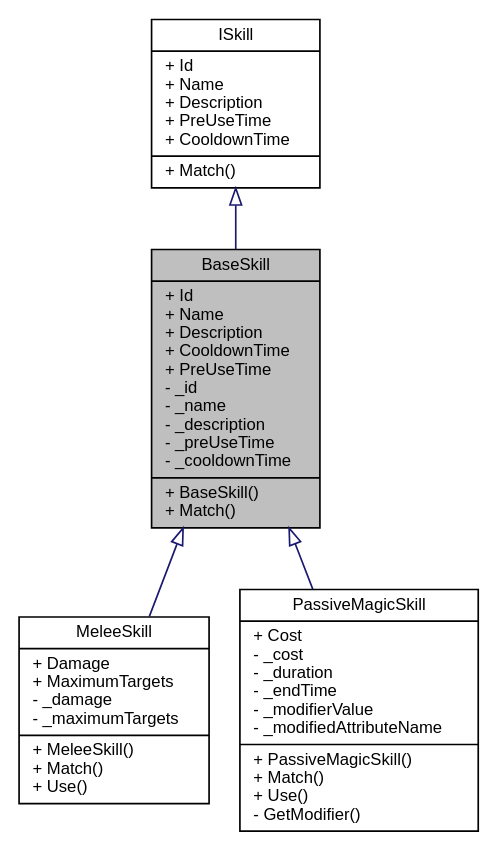
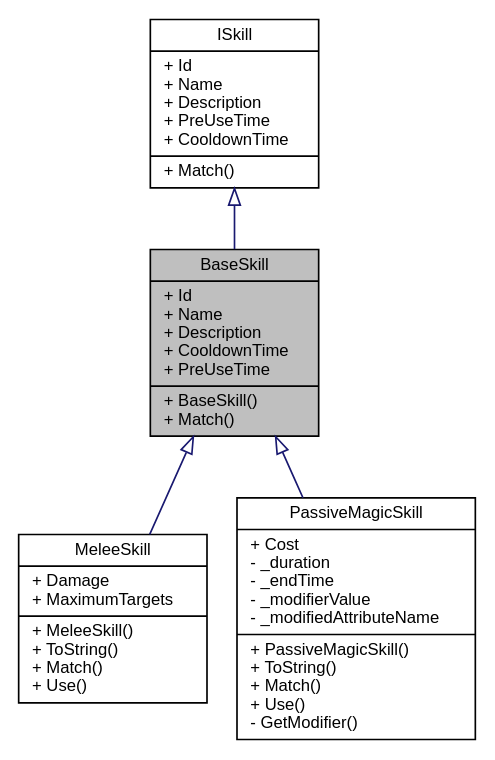
One commit to PaulSchweizer/ActionRpgKit changed the diagram in d0/dcd/class_action_rpg_kit_1_1_character_1_1_skill_1_1_base_skill__inherit__graph.dot. Above: the diagram before and after it, drawn with Graphviz. The commit also changed 376 other files, not shown here.

```diff
--- a/d0/dcd/class_action_rpg_kit_1_1_character_1_1_skill_1_1_base_skill__inherit__graph.dot
+++ b/d0/dcd/class_action_rpg_kit_1_1_character_1_1_skill_1_1_base_skill__inherit__graph.dot
@@ -1,13 +1,13 @@
 digraph "BaseSkill"
 {
  // INTERACTIVE_SVG=YES
   edge [fontname="Helvetica",fontsize="10",labelfontname="Helvetica",labelfontsize="10"];
   node [fontname="Helvetica",fontsize="10",shape=record];
-  Node1 [label="{BaseSkill\n|+ Id\l+ Name\l+ Description\l+ CooldownTime\l+ PreUseTime\l- _id\l- _name\l- _description\l- _preUseTime\l- _cooldownTime\l|+ BaseSkill()\l+ Match()\l}",height=0.2,width=0.4,color="black", fillcolor="grey75", style="filled" fontcolor="black"];
+  Node1 [label="{BaseSkill\n|+ Id\l+ Name\l+ Description\l+ CooldownTime\l+ PreUseTime\l|+ BaseSkill()\l+ Match()\l}",height=0.2,width=0.4,color="black", fillcolor="grey75", style="filled" fontcolor="black"];
   Node2 -> Node1 [dir="back",color="midnightblue",fontsize="10",style="solid",arrowtail="onormal",fontname="Helvetica"];
   Node2 [label="{ISkill\n|+ Id\l+ Name\l+ Description\l+ PreUseTime\l+ CooldownTime\l|+ Match()\l}",height=0.2,width=0.4,color="black", fillcolor="white", style="filled",URL="$d5/dc7/interface_action_rpg_kit_1_1_character_1_1_skill_1_1_i_skill.xhtml",tooltip="Interface for Skills."];
   Node1 -> Node3 [dir="back",color="midnightblue",fontsize="10",style="solid",arrowtail="onormal",fontname="Helvetica"];
-  Node3 [label="{MeleeSkill\n|+ Damage\l+ MaximumTargets\l- _damage\l- _maximumTargets\l|+ MeleeSkill()\l+ Match()\l+ Use()\l}",height=0.2,width=0.4,color="black", fillcolor="white", style="filled",URL="$d4/d60/class_action_rpg_kit_1_1_character_1_1_skill_1_1_melee_skill.xhtml",tooltip="Allows to attack with a melee weapon."];
+  Node3 [label="{MeleeSkill\n|+ Damage\l+ MaximumTargets\l|+ MeleeSkill()\l+ ToString()\l+ Match()\l+ Use()\l}",height=0.2,width=0.4,color="black", fillcolor="white", style="filled",URL="$d4/d60/class_action_rpg_kit_1_1_character_1_1_skill_1_1_melee_skill.xhtml",tooltip="Allows to attack with a melee weapon."];
   Node1 -> Node4 [dir="back",color="midnightblue",fontsize="10",style="solid",arrowtail="onormal",fontname="Helvetica"];
-  Node4 [label="{PassiveMagicSkill\n|+ Cost\l- _cost\l- _duration\l- _endTime\l- _modifierValue\l- _modifiedAttributeName\l|+ PassiveMagicSkill()\l+ Match()\l+ Use()\l- GetModifier()\l}",height=0.2,width=0.4,color="black", fillcolor="white", style="filled",URL="$dc/dac/class_action_rpg_kit_1_1_character_1_1_skill_1_1_passive_magic_skill.xhtml",tooltip="A passive MagicSkill adds buffs on the User itself."];
+  Node4 [label="{PassiveMagicSkill\n|+ Cost\l- _duration\l- _endTime\l- _modifierValue\l- _modifiedAttributeName\l|+ PassiveMagicSkill()\l+ ToString()\l+ Match()\l+ Use()\l- GetModifier()\l}",height=0.2,width=0.4,color="black", fillcolor="white", style="filled",URL="$dc/dac/class_action_rpg_kit_1_1_character_1_1_skill_1_1_passive_magic_skill.xhtml",tooltip="A passive MagicSkill adds buffs on the User itself."];
 }
```
